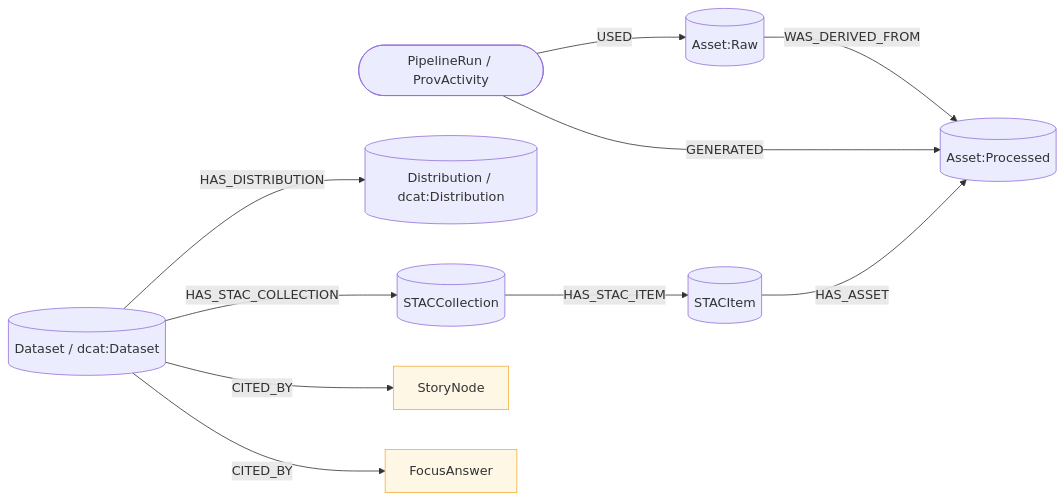
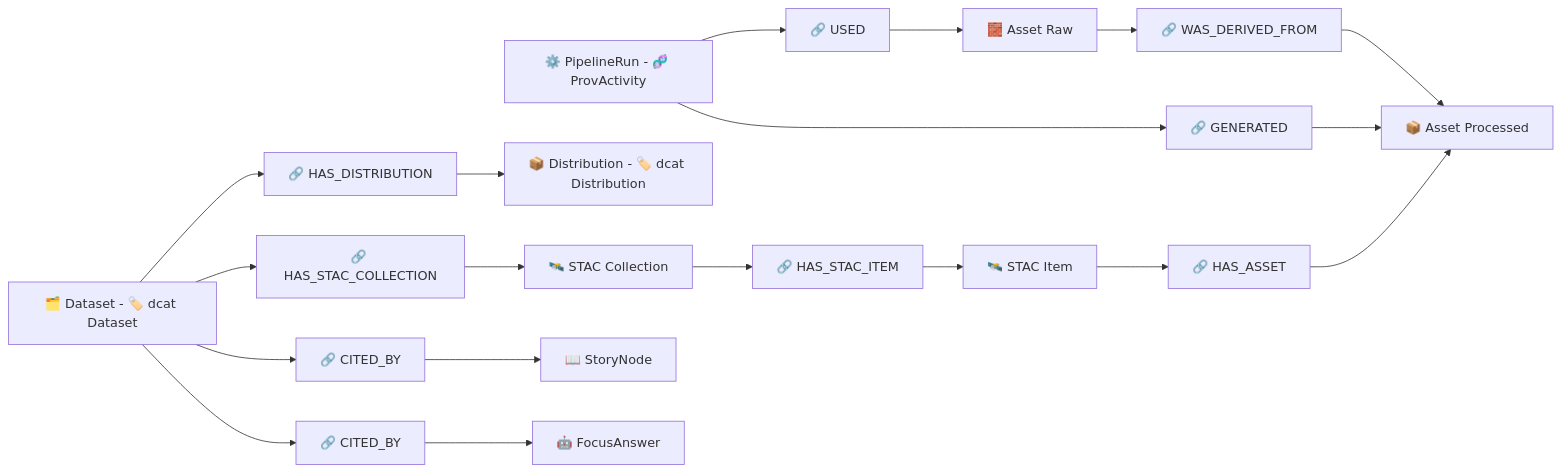
Before and after one commit to bartytime4life/Kansas-Frontier-Matrix: the diagram in data/graph/docs/ontology.md, drawn with Mermaid.

````diff
--- a/data/graph/docs/ontology.md
+++ b/data/graph/docs/ontology.md
@@ -209,14 +209,14 @@
 ```mermaid
 flowchart LR
-  RAW[(Asset:Raw)] -->|WAS_DERIVED_FROM| PROC[(Asset:Processed)]
-  RUN([PipelineRun / ProvActivity]) -->|USED| RAW
-  RUN -->|GENERATED| PROC
-  DATASET[(Dataset / dcat:Dataset)] -->|HAS_DISTRIBUTION| DIST[(Distribution / dcat:Distribution)]
-  DATASET -->|HAS_STAC_COLLECTION| SC[(STACCollection)]
-  SC -->|HAS_STAC_ITEM| SI[(STACItem)]
-  SI -->|HAS_ASSET| PROC
-  DATASET -->|CITED_BY| STORY[StoryNode]:::narr
-  DATASET -->|CITED_BY| ANSWER[FocusAnswer]:::narr
+  RAW[🧱 Asset Raw] --> R1[🔗 WAS_DERIVED_FROM] --> PROC[📦 Asset Processed]
+  RUN[⚙️ PipelineRun - 🧬 ProvActivity] --> R2[🔗 USED] --> RAW
+  RUN --> R3[🔗 GENERATED] --> PROC
+  DATASET[🗂️ Dataset - 🏷️ dcat Dataset] --> R4[🔗 HAS_DISTRIBUTION] --> DIST[📦 Distribution - 🏷️ dcat Distribution]
+  DATASET --> R5[🔗 HAS_STAC_COLLECTION] --> SC[🛰️ STAC Collection]
+  SC --> R6[🔗 HAS_STAC_ITEM] --> SI[🛰️ STAC Item]
+  SI --> R7[🔗 HAS_ASSET] --> PROC
+  DATASET --> R8[🔗 CITED_BY] --> STORY[📖 StoryNode]
+  DATASET --> R9[🔗 CITED_BY] --> ANSWER[🤖 FocusAnswer]
 
   classDef narr fill:#fff7e6,stroke:#f2b037,stroke-width:1px;
 ```
````
